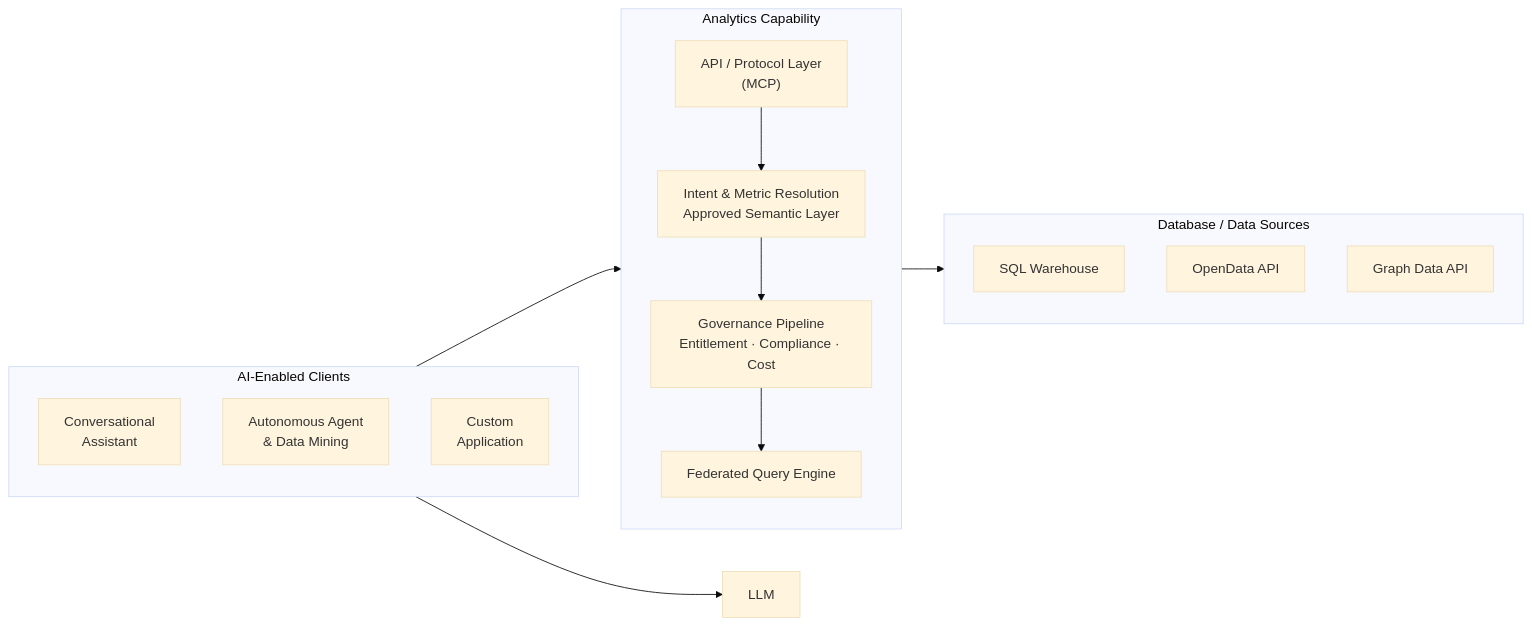
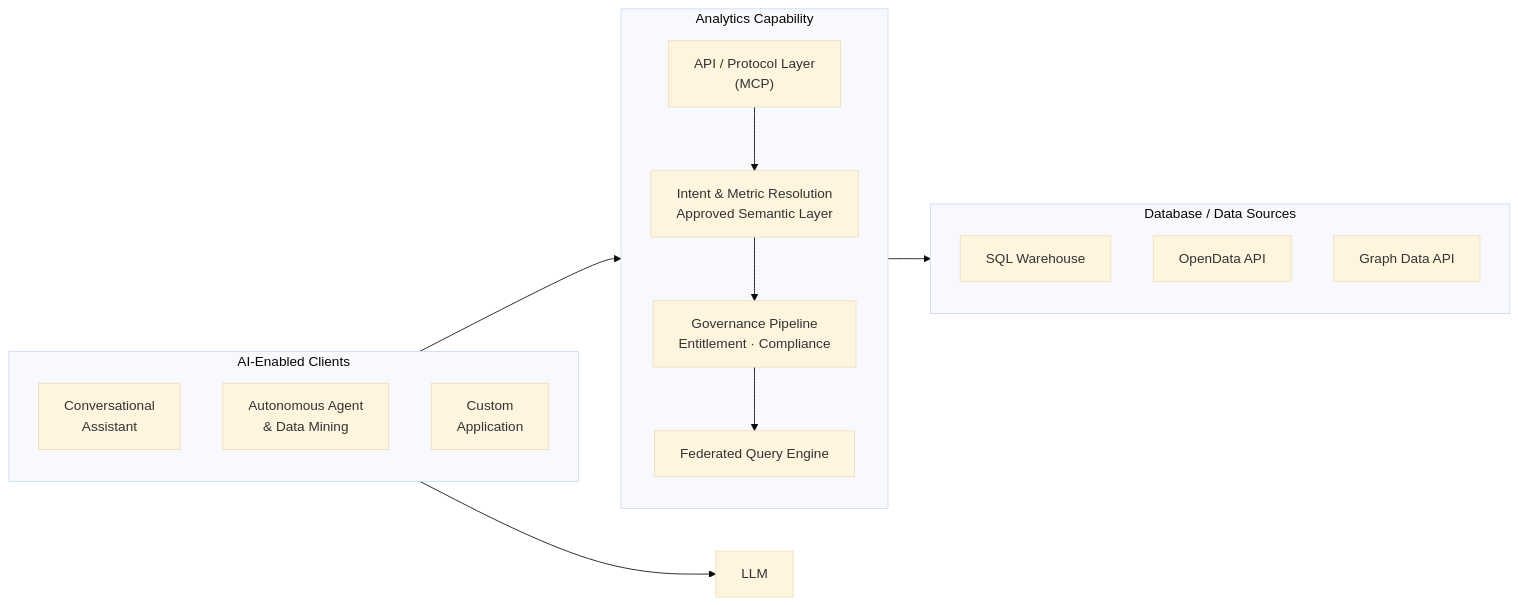
The second of 2 diagrams in docs/product/analytics/00-overview.md (M-A-Operating-System/shared-work), drawn with Mermaid (base theme) before and after one commit. The commit also changed other lines of this file, not shown here.

First line of the commit message:
docs(analytics): review fixes — cost removal, section reorder, typo, diagram intro

````diff
--- a/docs/product/analytics/00-overview.md
+++ b/docs/product/analytics/00-overview.md
@@ -139,29 +138,29 @@
 ```mermaid
 flowchart LR
     subgraph clients["AI-Enabled Clients"]
         direction TB
         C1["Conversational\nAssistant"]
         C2["Autonomous Agent\n& Data Mining"]
         C3["Custom\nApplication"]
     end
     L["LLM"]
     subgraph platform["Analytics Capability"]
         direction TB
        M["API / Protocol Layer\n(MCP)"]
         P1["Intent & Metric Resolution\nApproved Semantic Layer"]
-        P2["Governance Pipeline\nEntitlement · Compliance · Cost"]
+        P2["Governance Pipeline\nEntitlement · Compliance"]
         P3["Federated Query Engine"]
     end
     subgraph data["Database / Data Sources"]
         direction TB
         D1["SQL Warehouse"]
         D2["OpenData API"]
         D3["Graph Data API"]
     end
     clients --> platform
     clients --> L
     M --> P1
     P1 --> P2
     P2 --> P3
     platform --> data
 ```
````
